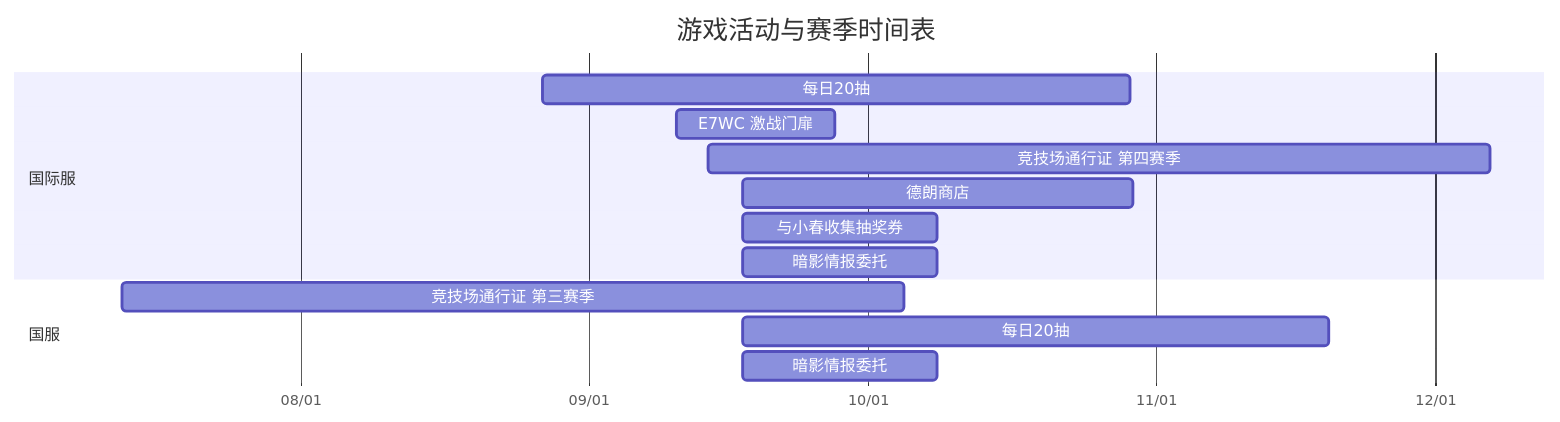
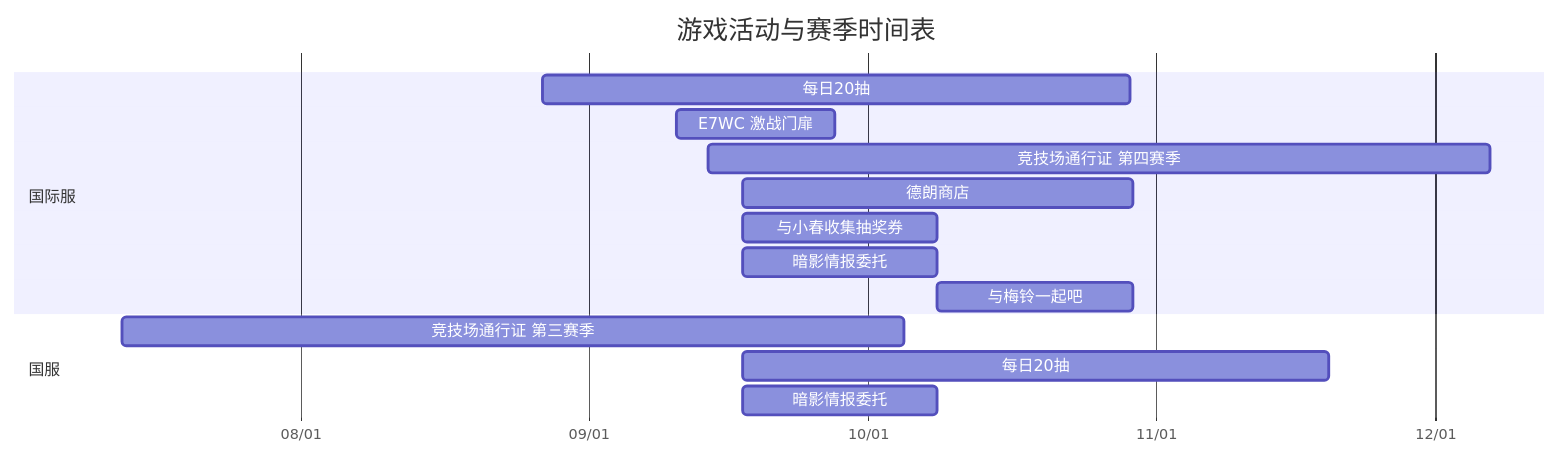
Before and after one commit to Rea1-ms/AutoEpicSeven: the diagram in tasks/activity/calendar.md, drawn with Mermaid. The commit also changed other lines of this file and 53 other files, not shown here.

````diff
--- a/tasks/activity/calendar.md
+++ b/tasks/activity/calendar.md
@@ -3,17 +3,18 @@
 ```mermaid
 gantt
     title 游戏活动与赛季时间表
     dateFormat YYYY-MM-DD HH:mm
     axisFormat %m/%d
     section 国际服
     每日20抽 :OVERSEA_free_gacha_20_2026_08_27, 2026-08-27 02:00, 2026-10-29 02:00
     E7WC 激战门扉 :OVERSEA_e7wc_battle_gate_2026_09_10, 2026-09-10 11:00, 2026-09-27 11:00
     竞技场通行证 第四赛季 :OVERSEA_arena_pass_oversea_2026_season_4, 2026-09-13 20:00, 2026-12-06 20:00
     德朗商店 :OVERSEA_huche_shop_2026_09_17, 2026-09-17 11:00, 2026-10-29 11:00
     与小春收集抽奖券 :OVERSEA_koharu_raffle_2026_09_17, 2026-09-17 11:00, 2026-10-08 11:00
     暗影情报委托 :OVERSEA_shadow_commission_2026_09_17, 2026-09-17 11:00, 2026-10-08 11:00
+    与梅铃一起吧  :OVERSEA_meirin_reward_2026_10_08, 2026-10-08 11:00, 2026-10-29 11:00
     section 国服
     竞技场通行证 第三赛季 :CN_arena_pass_cn_2026_season_3, 2026-07-12 20:00, 2026-10-04 20:00
     每日20抽 :CN_free_gacha_20_2026_08_27, 2026-09-17 11:00, 2026-11-19 11:00
     暗影情报委托 :CN_shadow_commission_2026_09_17, 2026-09-17 11:00, 2026-10-08 11:00
 ```
````
